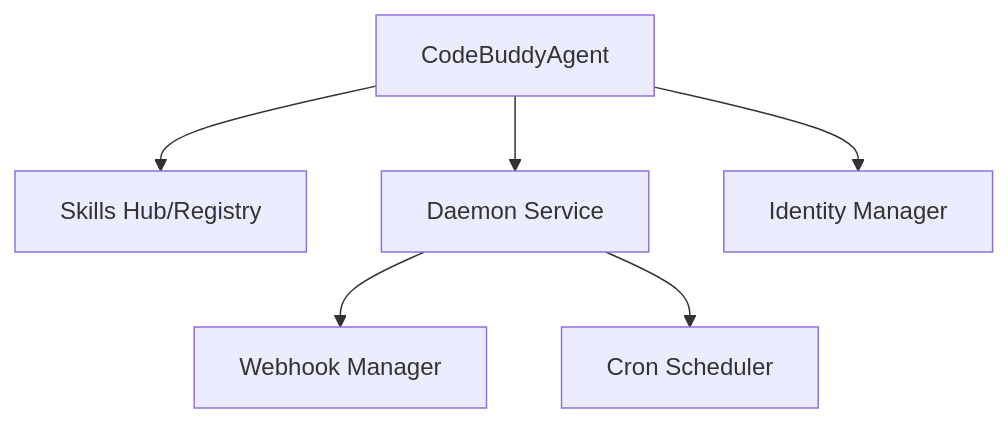
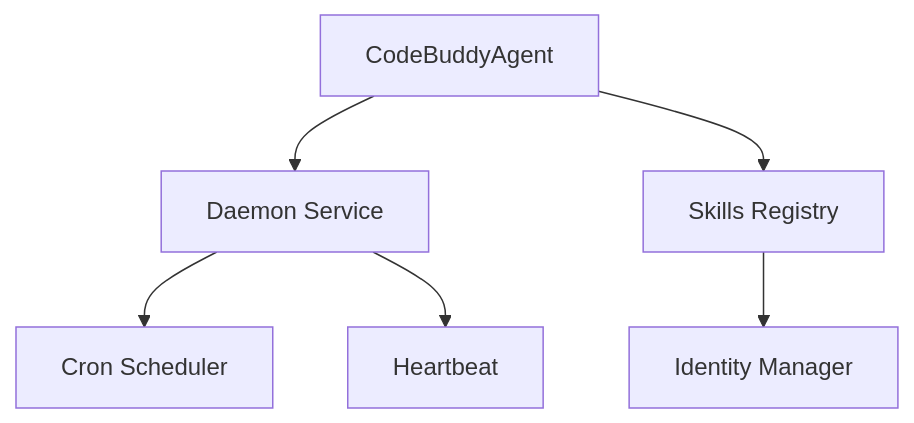
The diagram in .codebuddy/docs/3e-core-agent-system-background-daemon.md (Zeeeepa/code-buddy), drawn with Mermaid before and after one commit. The commit also changed other lines of this file and 29 other files, not shown here.

````diff
--- a/.codebuddy/docs/3e-core-agent-system-background-daemon.md
+++ b/.codebuddy/docs/3e-core-agent-system-background-daemon.md
@@ -27,8 +11,8 @@
 ```mermaid
 graph TD
-    Agent[CodeBuddyAgent] --> Skills[Skills Hub/Registry]
-    Agent --> Daemon[Daemon Service]
-    Daemon --> Webhooks[Webhook Manager]
-    Daemon --> Scheduler[Cron Scheduler]
-    Agent --> Identity[Identity Manager]
+    A[CodeBuddyAgent] --> B[Daemon Service]
+    B --> C[Cron Scheduler]
+    B --> D[Heartbeat]
+    A --> E[Skills Registry]
+    E --> F[Identity Manager]
 ```
````
